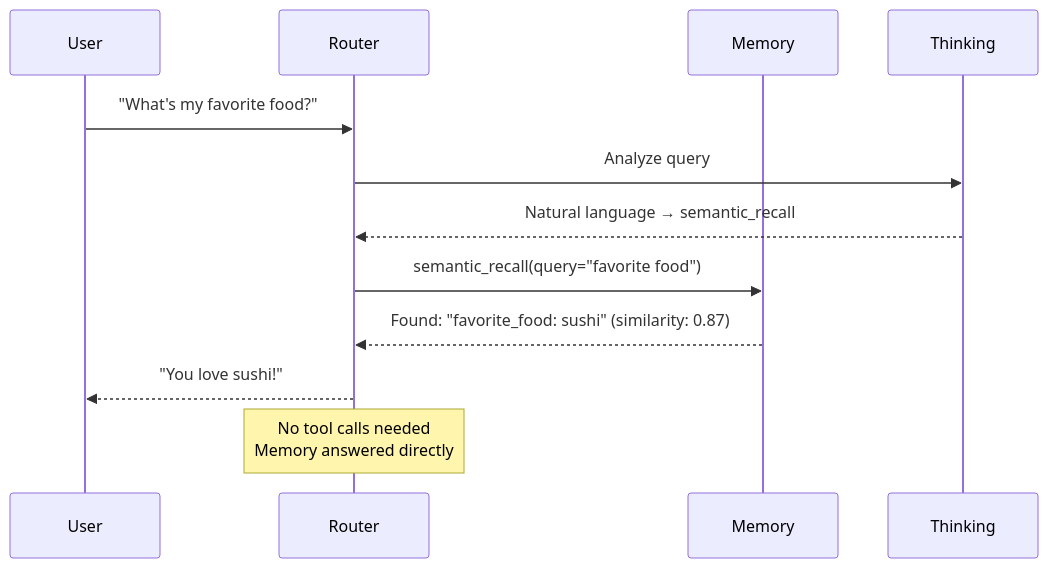
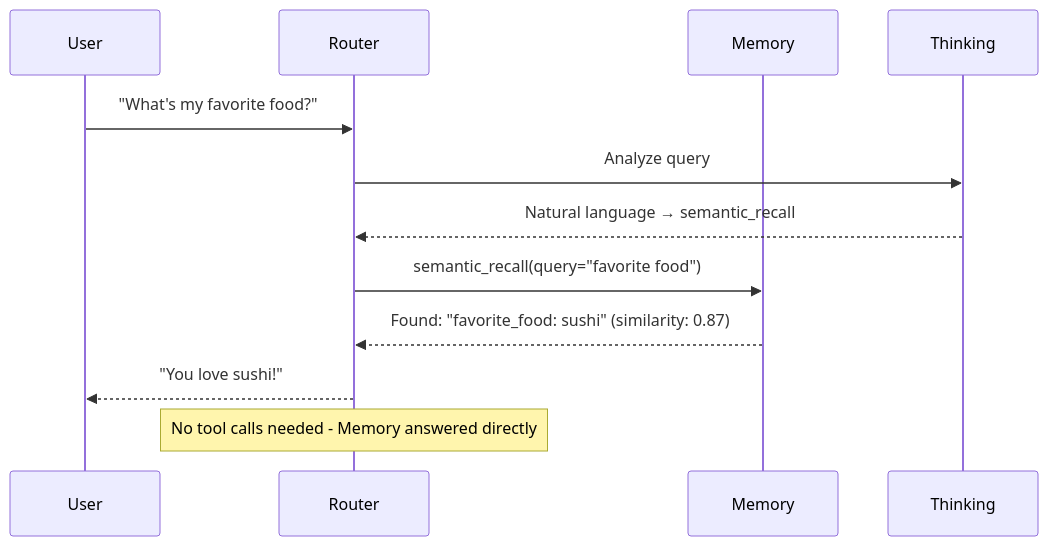
The ninth of 12 diagrams in docs/JARVIS_WORKFLOW.md (bigsk1/jarvis-voice), drawn with Mermaid before and after one commit. The commit also changed other lines of this file, not shown here.

Commit message:
remove <br from mermaid charts

````diff
--- a/docs/JARVIS_WORKFLOW.md
+++ b/docs/JARVIS_WORKFLOW.md
@@ -391,16 +429,16 @@
 ```mermaid
 sequenceDiagram
     participant U as User
     participant R as Router
     participant M as Memory
     participant T as Thinking
     
     U->>R: "What's my favorite food?"
     R->>T: Analyze query
     T-->>R: Natural language → semantic_recall
     R->>M: semantic_recall(query="favorite food")
     M-->>R: Found: "favorite_food: sushi" (similarity: 0.87)
     R-->>U: "You love sushi!"
     
-    Note over R: No tool calls needed<br/>Memory answered directly
+    Note over R: No tool calls needed - Memory answered directly
 ```
````
